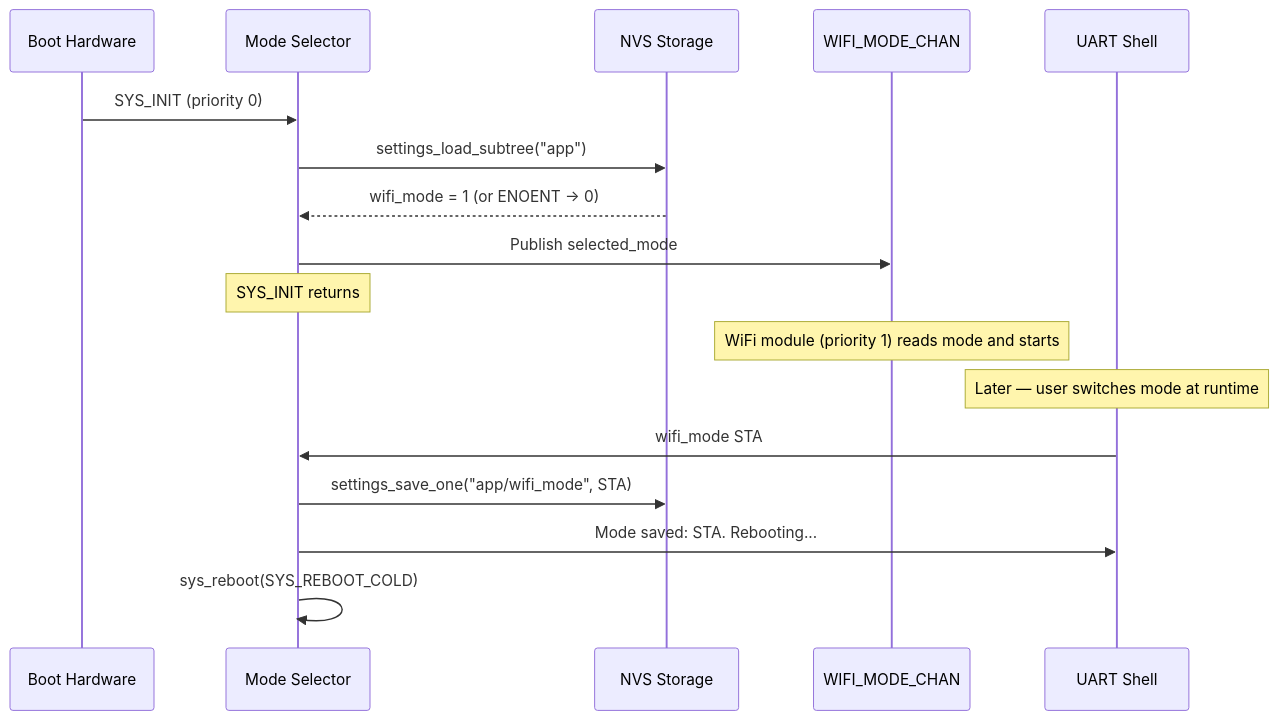
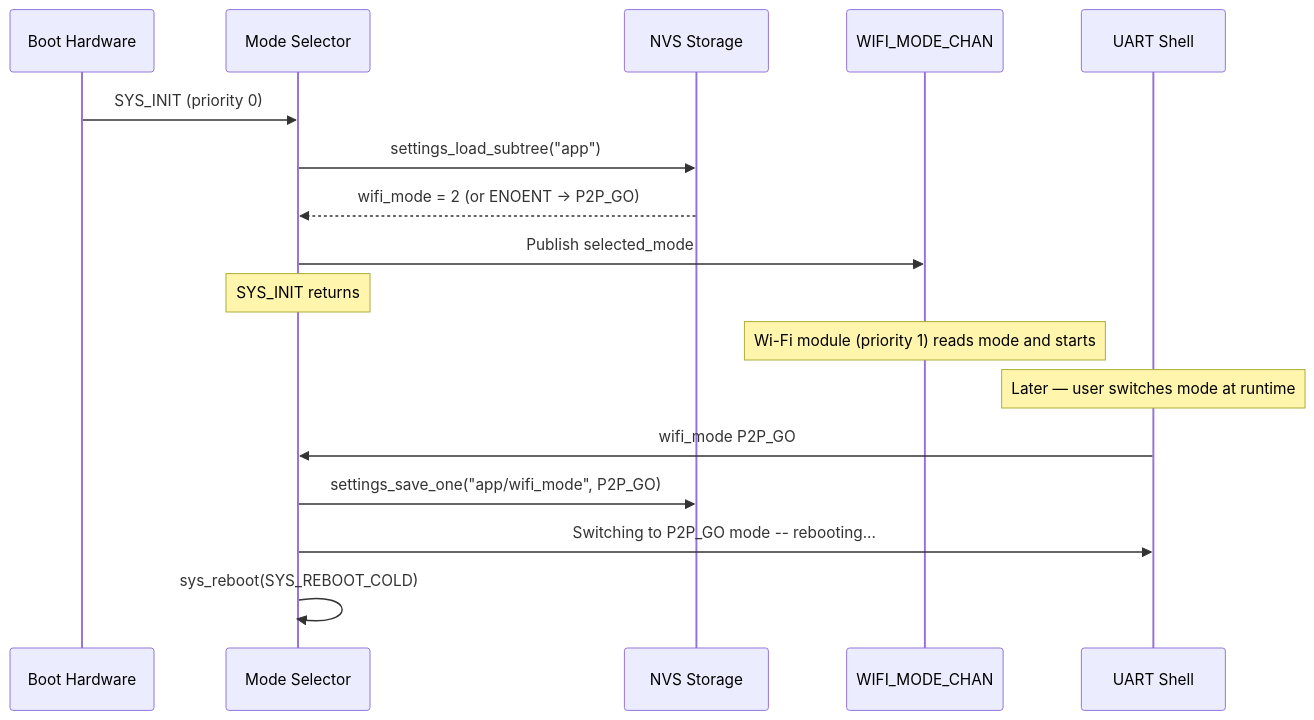
One commit to chshzh/nordic-wifi-webdash changed the second of 2 diagrams in docs/specs/mode-selector.md. Above: the diagram before and after it, drawn with Mermaid. The commit also changed other lines of this file and 8 other files, not shown here.

````diff
--- a/docs/specs/mode-selector.md
+++ b/docs/specs/mode-selector.md
@@ -140,21 +126,21 @@
 ```mermaid
 sequenceDiagram
     participant HW as Boot Hardware
     participant ModeSel as Mode Selector
     participant NVS as NVS Storage
     participant WIFI_MODE_CHAN
     participant Shell as UART Shell
 
     HW->>ModeSel: SYS_INIT (priority 0)
     ModeSel->>NVS: settings_load_subtree("app")
-    NVS-->>ModeSel: wifi_mode = 1 (or ENOENT → 0)
+    NVS-->>ModeSel: wifi_mode = 2 (or ENOENT → P2P_GO)
     ModeSel->>WIFI_MODE_CHAN: Publish selected_mode
     Note over ModeSel: SYS_INIT returns
-    Note over WIFI_MODE_CHAN: WiFi module (priority 1) reads mode and starts
+    Note over WIFI_MODE_CHAN: Wi-Fi module (priority 1) reads mode and starts
 
     Note over Shell: Later — user switches mode at runtime
-    Shell->>ModeSel: wifi_mode STA
-    ModeSel->>NVS: settings_save_one("app/wifi_mode", STA)
-    ModeSel->>Shell: Mode saved: STA. Rebooting...
+    Shell->>ModeSel: wifi_mode P2P_GO
+    ModeSel->>NVS: settings_save_one("app/wifi_mode", P2P_GO)
+    ModeSel->>Shell: Switching to P2P_GO mode -- rebooting...
     ModeSel->>ModeSel: sys_reboot(SYS_REBOOT_COLD)
 ```
````
